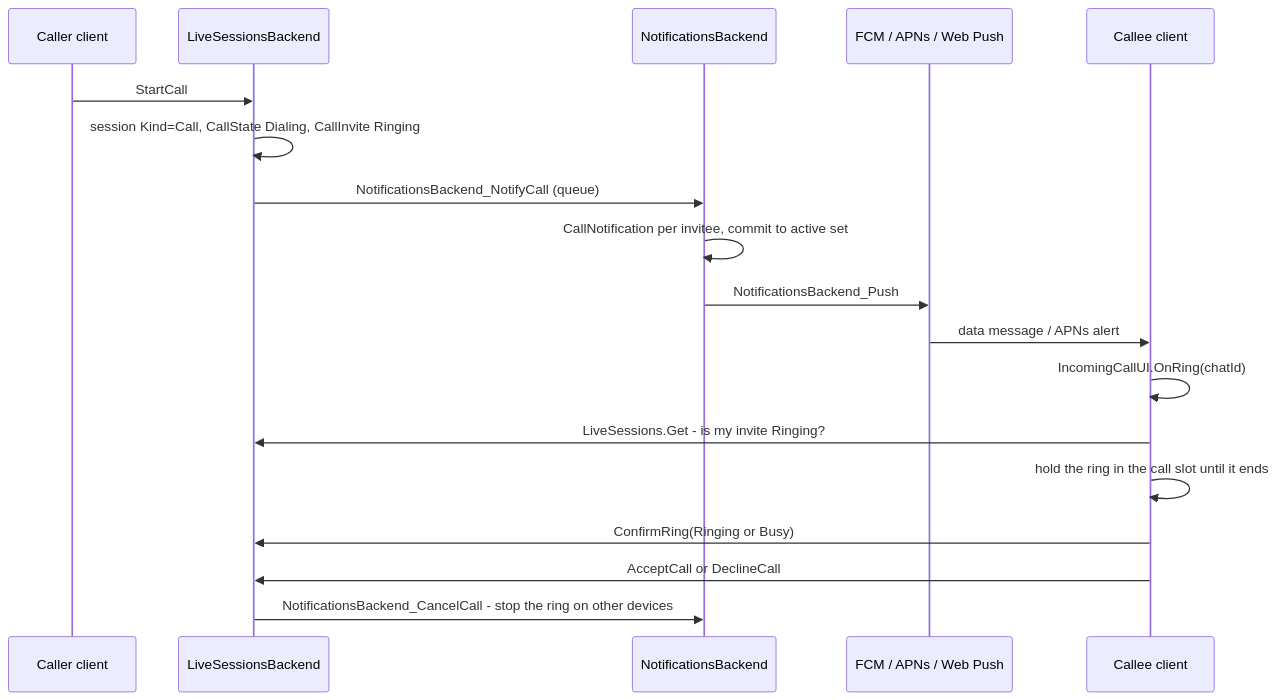
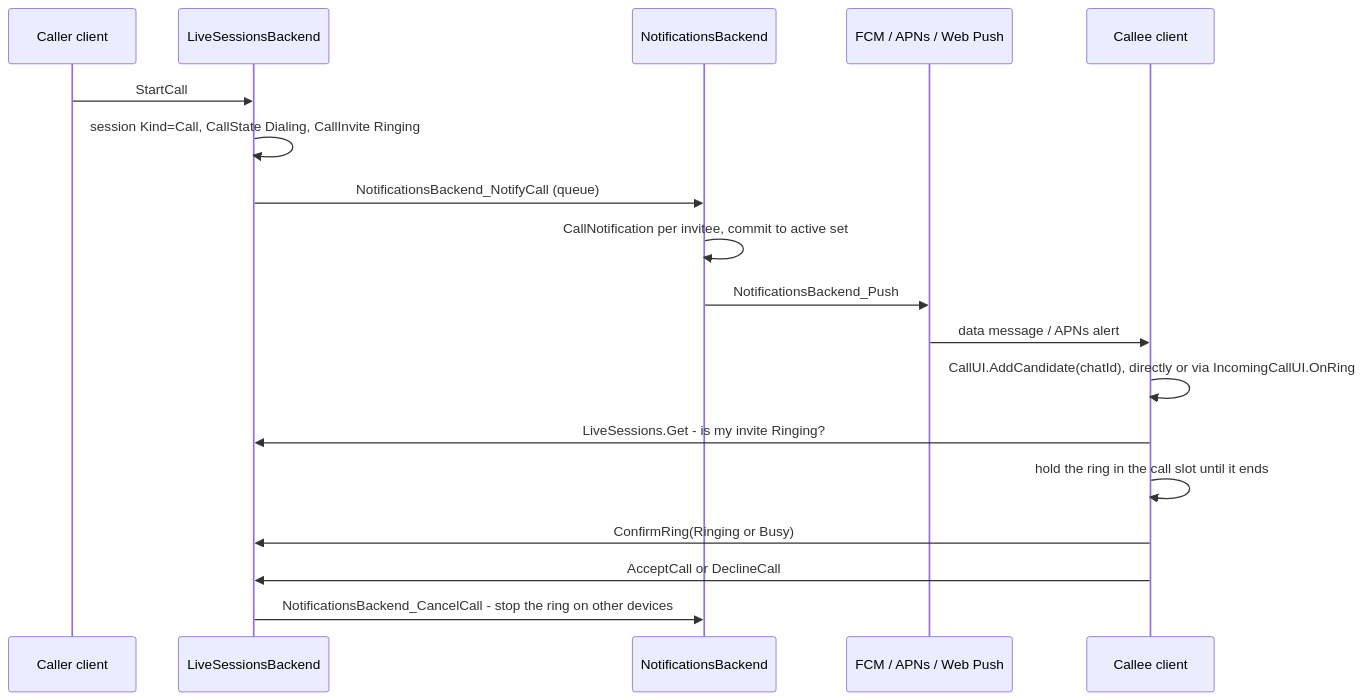
Before and after one commit to Actual-Chat/actual-chat: the diagram in docs/calls/incoming-call-flow.md, drawn with Mermaid. The commit also changed other lines of this file, not shown here.

First line of the commit message:
docs(calls): name AddCandidate as the ring entry point

````diff
--- a/docs/calls/incoming-call-flow.md
+++ b/docs/calls/incoming-call-flow.md
@@ -22,21 +23,21 @@
 ```mermaid
 sequenceDiagram
     participant Caller as Caller client
     participant LS as LiveSessionsBackend
     participant NB as NotificationsBackend
     participant Push as FCM / APNs / Web Push
     participant Callee as Callee client
 
     Caller->>LS: StartCall
     LS->>LS: session Kind=Call, CallState Dialing, CallInvite Ringing
     LS->>NB: NotificationsBackend_NotifyCall (queue)
     NB->>NB: CallNotification per invitee, commit to active set
     NB->>Push: NotificationsBackend_Push
     Push->>Callee: data message / APNs alert
-    Callee->>Callee: IncomingCallUI.OnRing(chatId)
+    Callee->>Callee: CallUI.AddCandidate(chatId), directly or via IncomingCallUI.OnRing
     Callee->>LS: LiveSessions.Get - is my invite Ringing?
     Callee->>Callee: hold the ring in the call slot until it ends
     Callee->>LS: ConfirmRing(Ringing or Busy)
     Callee->>LS: AcceptCall or DeclineCall
     LS->>NB: NotificationsBackend_CancelCall - stop the ring on other devices
 ```
````
